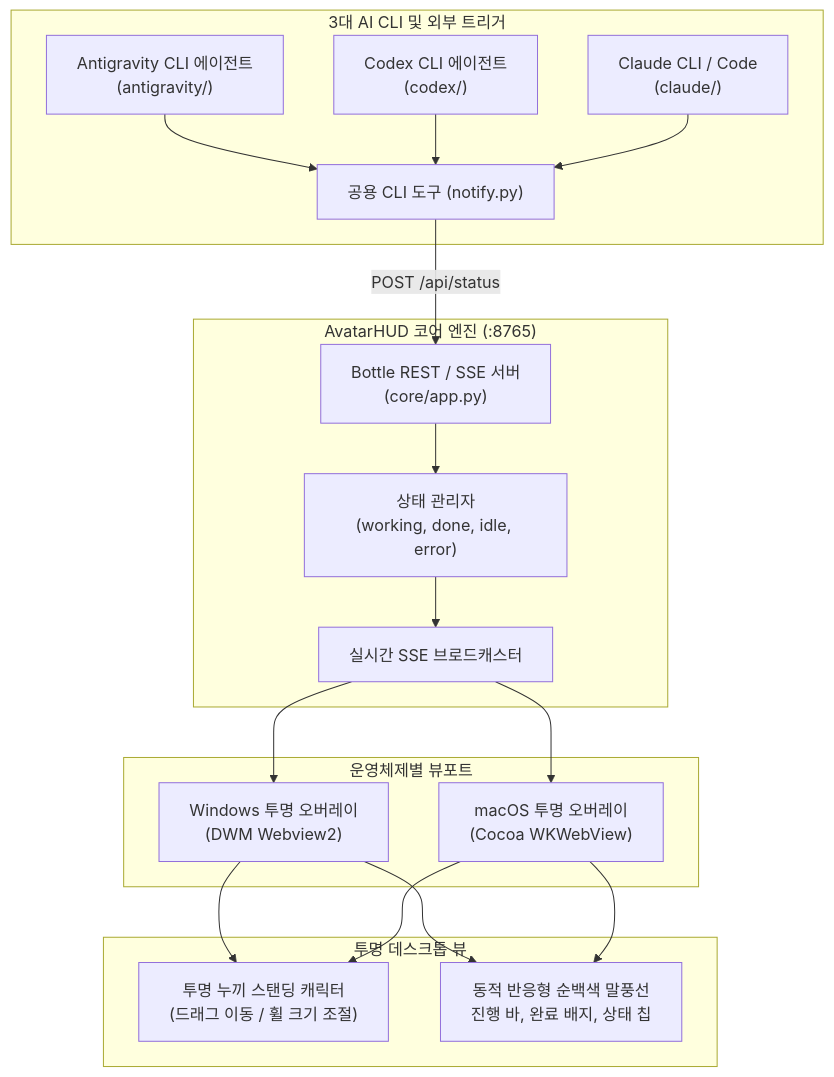
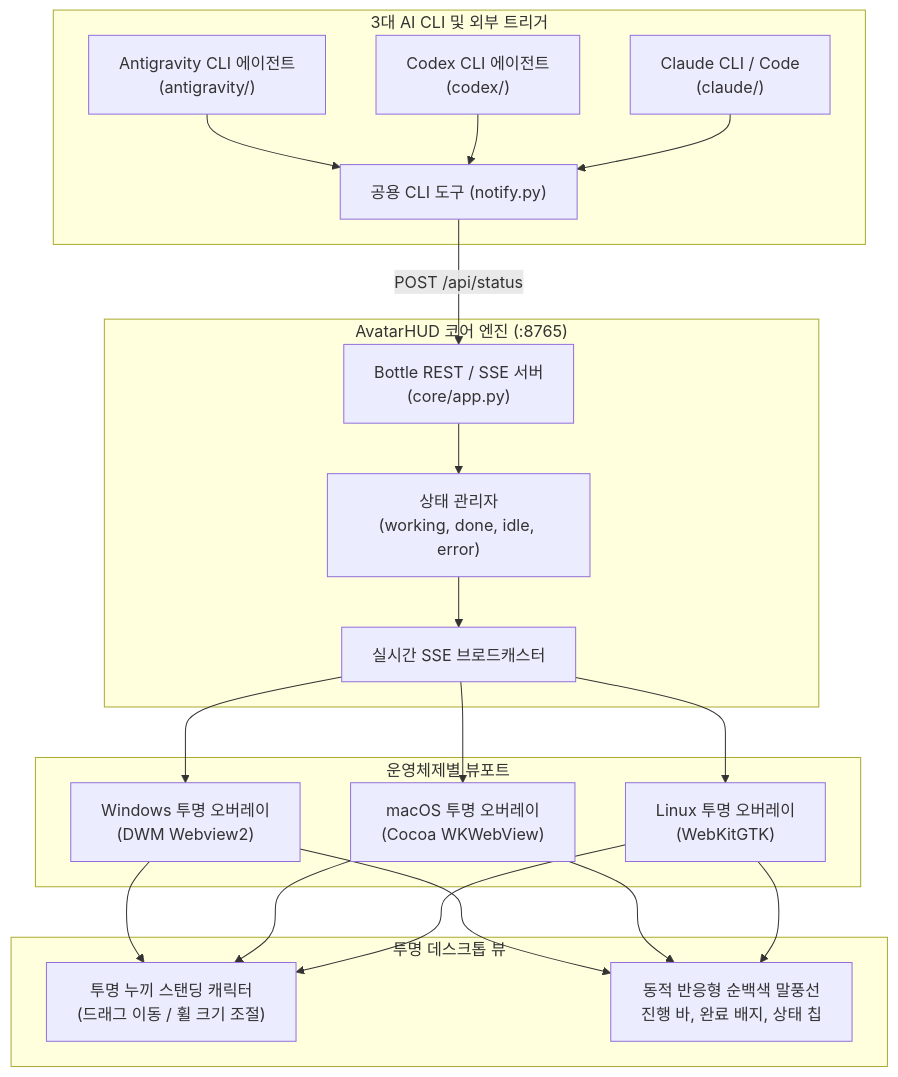
One commit to dotori-007/avatar_hud changed the diagram in README.md. Above: the diagram before and after it, drawn with Mermaid. The commit also changed other lines of this file, not shown here.

````diff
--- a/README.md
+++ b/README.md
@@ -42,38 +42,42 @@
 ```mermaid
 flowchart TD
     subgraph Clients["3대 AI CLI 및 외부 트리거"]
         AG["Antigravity CLI 에이전트<br/>(antigravity/)"]
         CX["Codex CLI 에이전트<br/>(codex/)"]
         CL["Claude CLI / Code<br/>(claude/)"]
         CLI["공용 CLI 도구 (notify.py)"]
     end
 
     subgraph CoreEngine["AvatarHUD 코어 엔진 (:8765)"]
         Server["Bottle REST / SSE 서버<br/>(core/app.py)"]
         State["상태 관리자<br/>(working, done, idle, error)"]
         Stream["실시간 SSE 브로드캐스터"]
     end
 
     subgraph Platforms["운영체제별 뷰포트"]
         WinView["Windows 투명 오버레이<br/>(DWM Webview2)"]
         MacView["macOS 투명 오버레이<br/>(Cocoa WKWebView)"]
+        LinuxView["Linux 투명 오버레이<br/>(WebKitGTK)"]
     end
 
     subgraph Overlay["투명 데스크톱 뷰"]
         Standing["투명 누끼 스탠딩 캐릭터<br/>(드래그 이동 / 휠 크기 조절)"]
         Bubble["동적 반응형 순백색 말풍선<br/>진행 바, 완료 배지, 상태 칩"]
     end
 
     AG --> CLI
     CX --> CLI
     CL --> CLI
     CLI -->|POST /api/status| Server
     Server --> State
     State --> Stream
     Stream --> WinView
     Stream --> MacView
+    Stream --> LinuxView
     WinView --> Standing
     WinView --> Bubble
     MacView --> Standing
     MacView --> Bubble
+    LinuxView --> Standing
+    LinuxView --> Bubble
 ```
````
